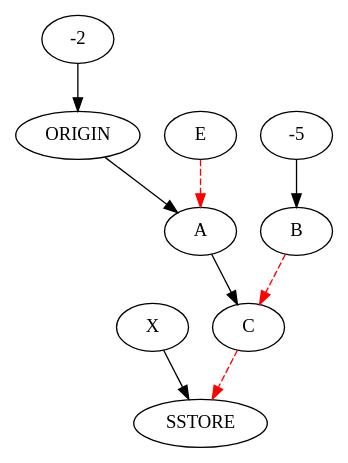
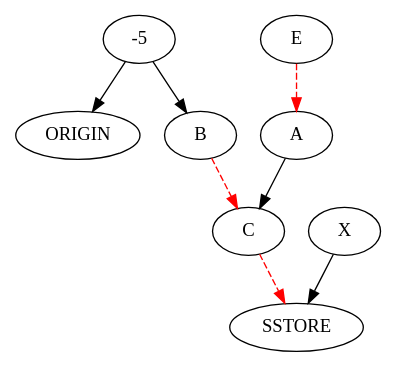
One commit to leaf715/450_Ethereum changed the diagram in ContractDB/12345679_111.gv. Above: the diagram before and after it, drawn with Graphviz. The commit also changed 14 other files, not shown here.

```diff
--- a/ContractDB/12345679_111.gv
+++ b/ContractDB/12345679_111.gv
@@ -1,18 +1,17 @@
 // TEST
 digraph {
-	n13 [label=C shape=oval]
 	n1 [label=ORIGIN shape=oval]
-	n5 [label=A shape=oval]
 	n7 [label=X shape=oval]
 	n10 [label=B shape=oval]
+	n5 [label=A shape=oval]
 	n3 [label=E shape=oval]
 	n14 [label=SSTORE shape=oval]
+	n13 [label=C shape=oval]
+	-5 -> n1 [label="" color="" style=solid]
+	-5 -> n10 [label="" color="" style=solid]
+	n3 -> n5 [label="" color=red style=dashed]
+	n7 -> n14 [label="" color="" style=solid]
+	n13 -> n14 [label="" color=red style=dashed]
 	n5 -> n13 [label="" color="" style=solid]
 	n10 -> n13 [label="" color=red style=dashed]
-	-2 -> n1 [label="" color="" style=solid]
-	n3 -> n5 [label="" color=red style=dashed]
-	n1 -> n5 [label="" color="" style=solid]
-	-5 -> n10 [label="" color="" style=solid]
-	n13 -> n14 [label="" color=red style=dashed]
-	n7 -> n14 [label="" color="" style=solid]
 }
```
